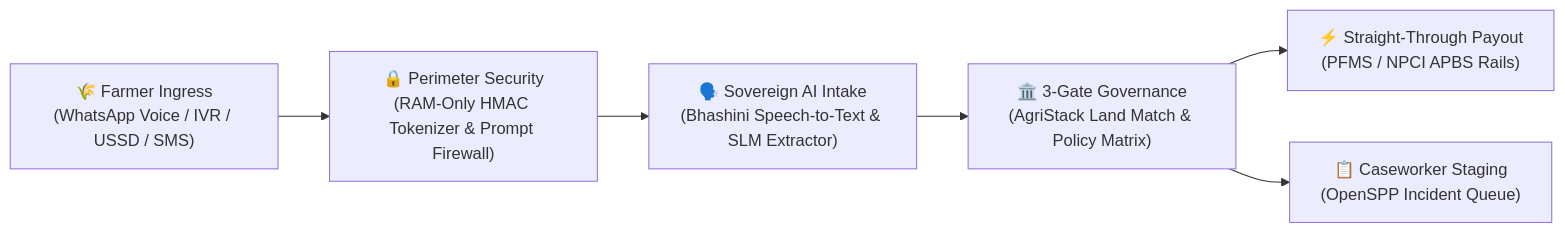
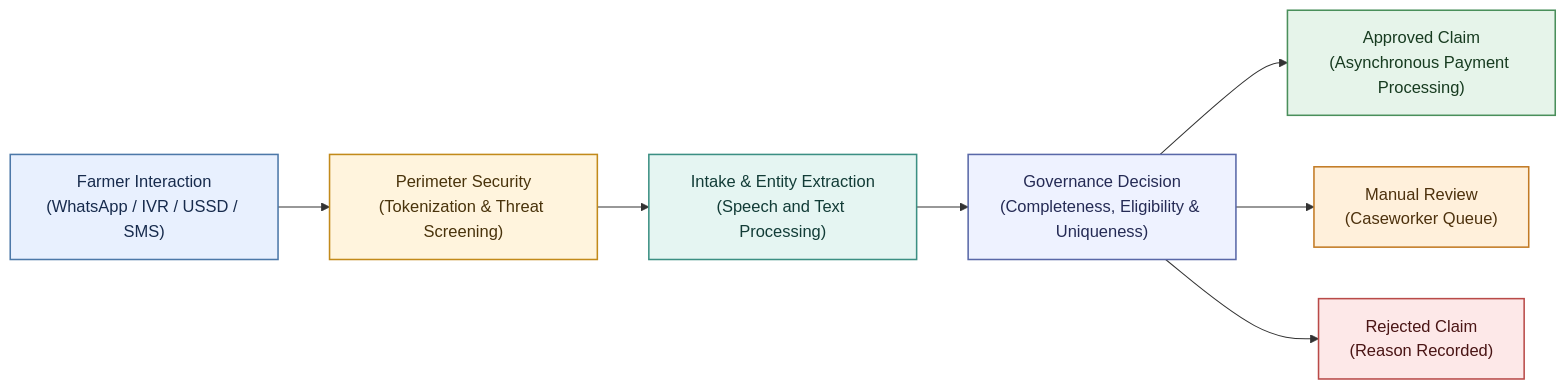
The first of 2 diagrams in docs/government_pilot_proposal.md (gargmishu/agristack-dbt-core), drawn with Mermaid before and after one commit. The commit also changed other lines of this file, not shown here.

````diff
--- a/docs/government_pilot_proposal.md
+++ b/docs/government_pilot_proposal.md
@@ -21,8 +21,23 @@
 ```mermaid
 flowchart LR
-    A["🌾 Farmer Ingress<br/>(WhatsApp Voice / IVR / USSD / SMS)"] --> B["🔒 Perimeter Security<br/>(RAM-Only HMAC Tokenizer & Prompt Firewall)"]
-    B --> C["🗣️ Sovereign AI Intake<br/>(Bhashini Speech-to-Text & SLM Extractor)"]
-    C --> D["🏛️ 3-Gate Governance<br/>(AgriStack Land Match & Policy Matrix)"]
-    D --> E["⚡ Straight-Through Payout<br/>(PFMS / NPCI APBS Rails)"]
-    D --> F["📋 Caseworker Staging<br/>(OpenSPP Incident Queue)"]
+    A["Farmer Interaction<br/>(WhatsApp / IVR / USSD / SMS)"] --> B["Perimeter Security<br/>(Tokenization & Threat Screening)"]
+    B --> C["Intake & Entity Extraction<br/>(Speech and Text Processing)"]
+    C --> D["Governance Decision<br/>(Completeness, Eligibility & Uniqueness)"]
+    D --> E["Approved Claim<br/>(Asynchronous Payment Processing)"]
+    D --> F["Manual Review<br/>(Caseworker Queue)"]
+    D --> G["Rejected Claim<br/>(Reason Recorded)"]
+    classDef ingress fill:#e8f0fe,stroke:#4c78a8,color:#172b4d,stroke-width:1.5px
+    classDef security fill:#fff4dd,stroke:#c28a1a,color:#49330b,stroke-width:1.5px
+    classDef intake fill:#e5f5f2,stroke:#3b8f83,color:#123c37,stroke-width:1.5px
+    classDef governance fill:#eef2ff,stroke:#5968a8,color:#252b55,stroke-width:1.5px
+    classDef approved fill:#e6f4ea,stroke:#4a8f5b,color:#173b20,stroke-width:1.5px
+    classDef review fill:#fff0db,stroke:#c27a24,color:#4d310d,stroke-width:1.5px
+    classDef rejected fill:#fde8e8,stroke:#b94a48,color:#4a1515,stroke-width:1.5px
+    class A ingress
+    class B security
+    class C intake
+    class D governance
+    class E approved
+    class F review
+    class G rejected
 ```
````
